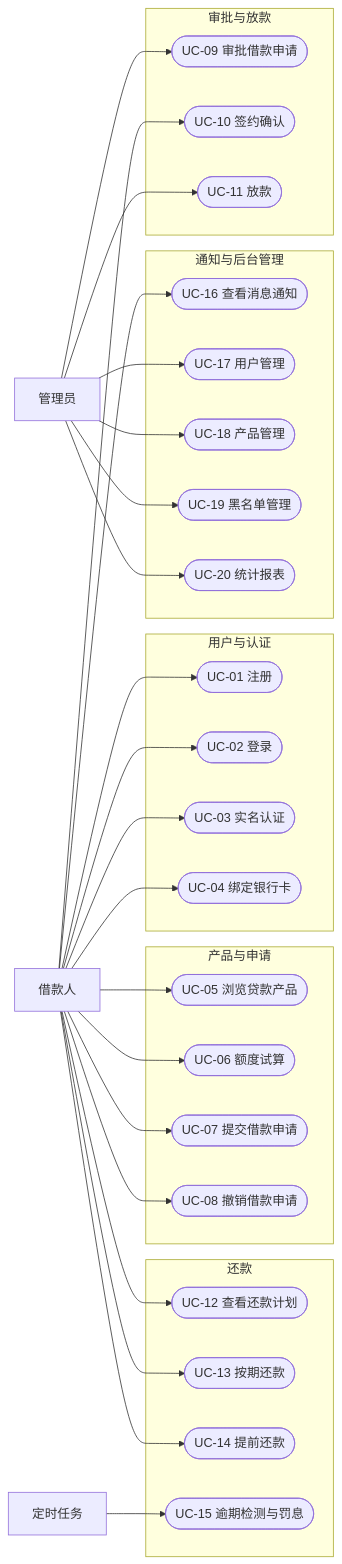
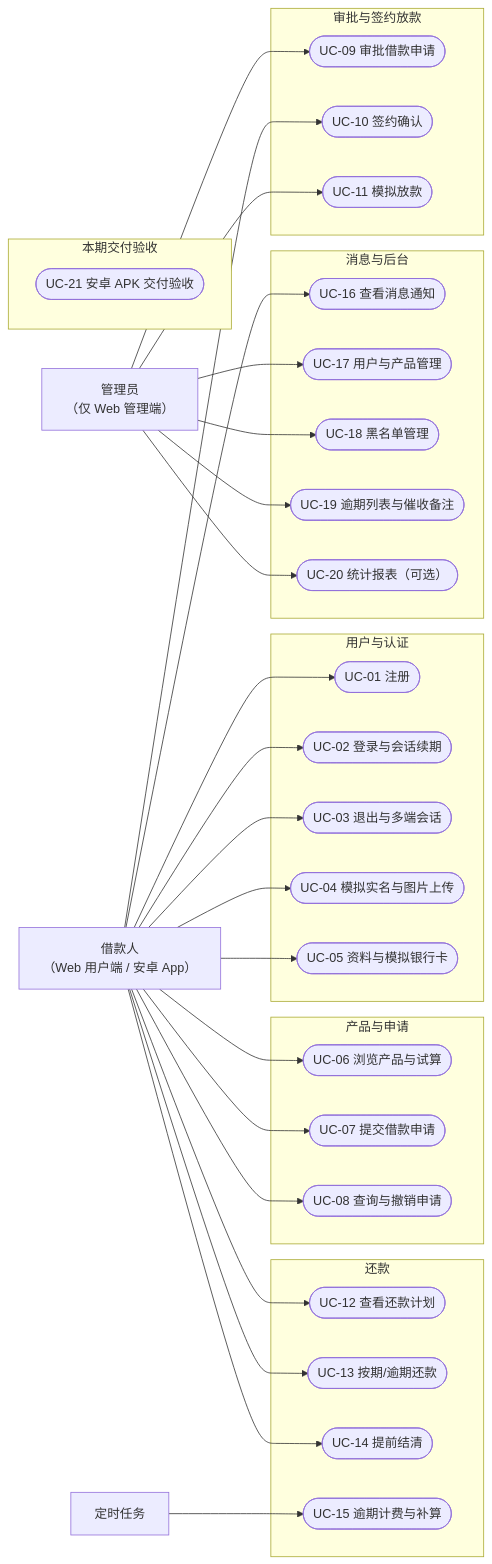
One commit to suwa-ko/FinLend changed the diagram in 需求分析报告/02-第二部分（用例与功能需求）.md. Above: the diagram before and after it, drawn with Mermaid. The commit also changed other lines of this file and 4 other files, not shown here.

````diff
--- a/需求分析报告/02-第二部分（用例与功能需求）.md
+++ b/需求分析报告/02-第二部分（用例与功能需求）.md
@@ -23,58 +24,61 @@
 ```mermaid
 flowchart LR
-    B["借款人"]
-    M["管理员"]
+    B["借款人<br/>（Web 用户端 / 安卓 App）"]
+    M["管理员<br/>（仅 Web 管理端）"]
     T["定时任务"]
 
     subgraph G1["用户与认证"]
         UC01(["UC-01 注册"])
-        UC02(["UC-02 登录"])
-        UC03(["UC-03 实名认证"])
-        UC04(["UC-04 绑定银行卡"])
+        UC02(["UC-02 登录与会话续期"])
+        UC03(["UC-03 退出与多端会话"])
+        UC04(["UC-04 模拟实名与图片上传"])
+        UC05(["UC-05 资料与模拟银行卡"])
     end
     subgraph G2["产品与申请"]
-        UC05(["UC-05 浏览贷款产品"])
-        UC06(["UC-06 额度试算"])
+        UC06(["UC-06 浏览产品与试算"])
         UC07(["UC-07 提交借款申请"])
-        UC08(["UC-08 撤销借款申请"])
+        UC08(["UC-08 查询与撤销申请"])
     end
-    subgraph G3["审批与放款"]
+    subgraph G3["审批与签约放款"]
         UC09(["UC-09 审批借款申请"])
         UC10(["UC-10 签约确认"])
-        UC11(["UC-11 放款"])
+        UC11(["UC-11 模拟放款"])
     end
     subgraph G4["还款"]
         UC12(["UC-12 查看还款计划"])
-        UC13(["UC-13 按期还款"])
-        UC14(["UC-14 提前还款"])
-        UC15(["UC-15 逾期检测与罚息"])
+        UC13(["UC-13 按期/逾期还款"])
+        UC14(["UC-14 提前结清"])
+        UC15(["UC-15 逾期计费与补算"])
     end
-    subgraph G5["通知与后台管理"]
+    subgraph G5["消息与后台"]
         UC16(["UC-16 查看消息通知"])
-        UC17(["UC-17 用户管理"])
-        UC18(["UC-18 产品管理"])
-        UC19(["UC-19 黑名单管理"])
-        UC20(["UC-20 统计报表"])
+        UC17(["UC-17 用户与产品管理"])
+        UC18(["UC-18 黑名单管理"])
+        UC19(["UC-19 逾期列表与催收备注"])
+        UC20(["UC-20 统计报表（可选）"])
+    end
+    subgraph G6["本期交付验收"]
+        UC21(["UC-21 安卓 APK 交付验收"])
     end
 
     B --> UC01
     B --> UC02
     B --> UC03
     B --> UC04
     B --> UC05
     B --> UC06
     B --> UC07
     B --> UC08
     B --> UC10
     B --> UC12
     B --> UC13
     B --> UC14
     B --> UC16
     M --> UC09
     M --> UC11
     M --> UC17
     M --> UC18
     M --> UC19
     M --> UC20
     T --> UC15
 ```
````
